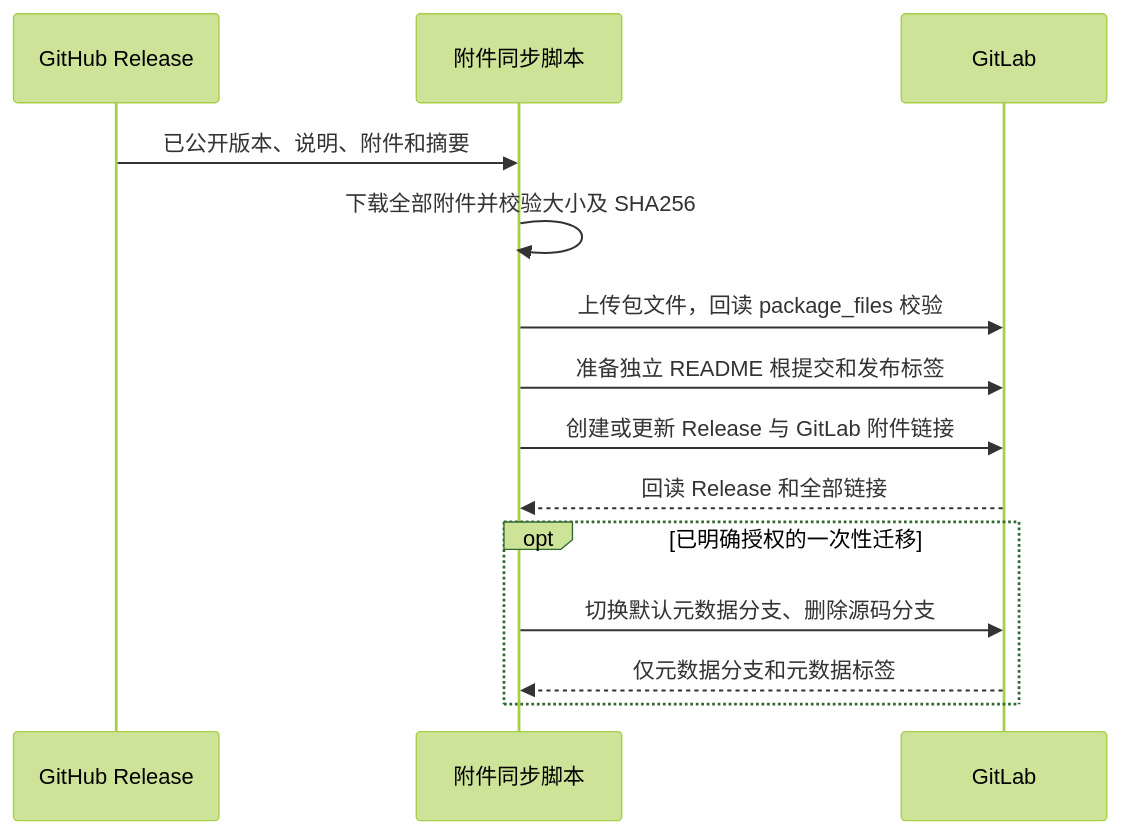
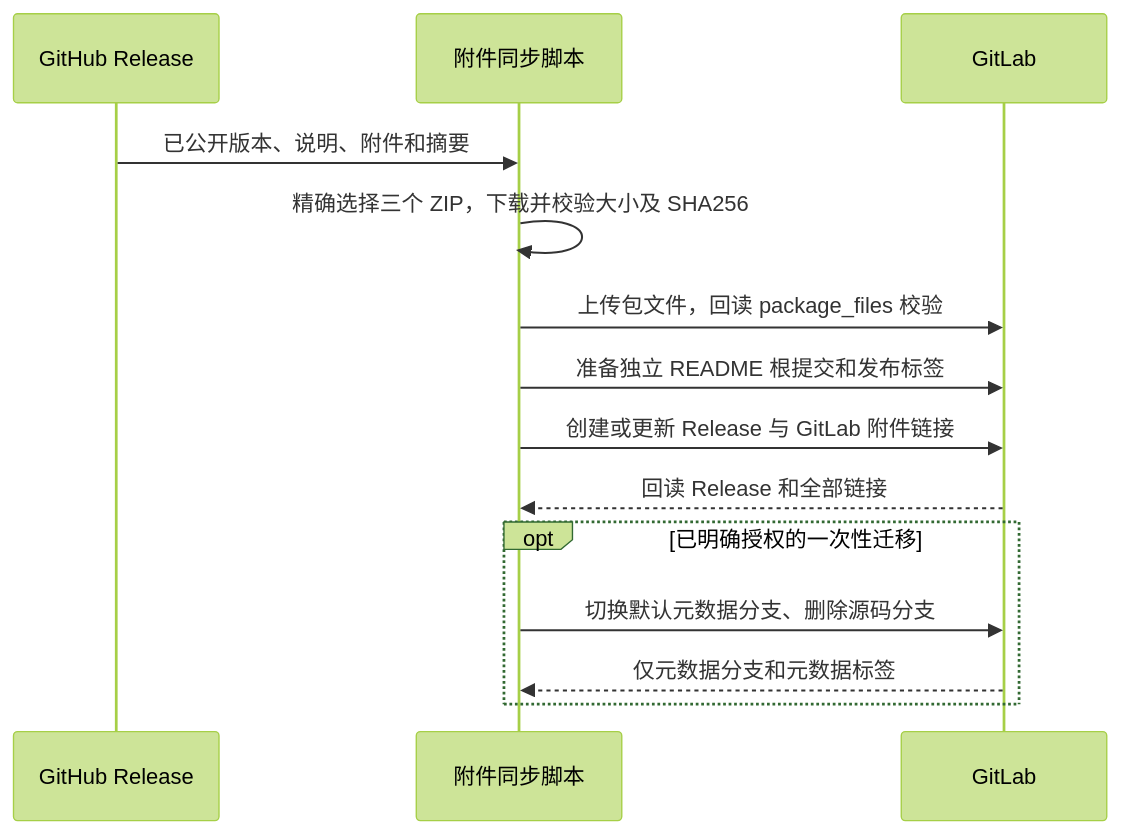
One commit to Jas0nxlee/UWork_frontend changed the diagram in specs/gitlab-release-sync.md. Above: the diagram before and after it, drawn with Mermaid (forest theme). The commit also changed other lines of this file and 10 other files, not shown here.

````diff
--- a/specs/gitlab-release-sync.md
+++ b/specs/gitlab-release-sync.md
@@ -25,16 +26,16 @@
 ```mermaid
 sequenceDiagram
   participant GH as GitHub Release
   participant WF as 附件同步脚本
   participant GL as GitLab
   GH->>WF: 已公开版本、说明、附件和摘要
-  WF->>WF: 下载全部附件并校验大小及 SHA256
+  WF->>WF: 精确选择三个 ZIP，下载并校验大小及 SHA256
   WF->>GL: 上传包文件，回读 package_files 校验
   WF->>GL: 准备独立 README 根提交和发布标签
   WF->>GL: 创建或更新 Release 与 GitLab 附件链接
   GL-->>WF: 回读 Release 和全部链接
   opt 已明确授权的一次性迁移
     WF->>GL: 切换默认元数据分支、删除源码分支
     GL-->>WF: 仅元数据分支和元数据标签
   end
 ```
````
